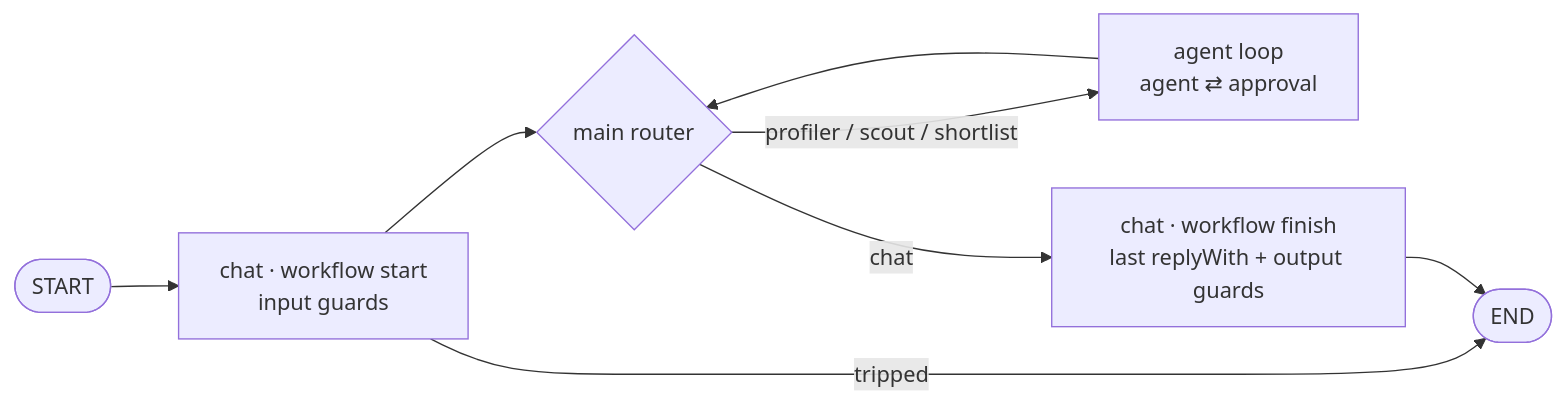
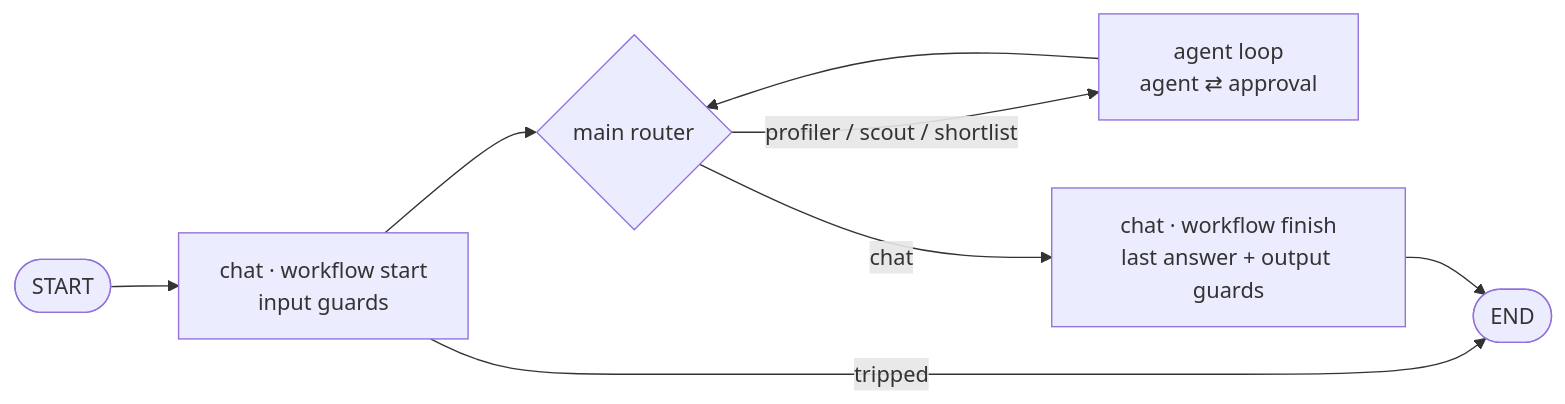
The diagram in Architecture.md (PavelRavvich/agbossjs), drawn with Mermaid before and after one commit. The commit also changed other lines of this file and 38 other files, not shown here.

````diff
--- a/Architecture.md
+++ b/Architecture.md
@@ -10,9 +10,9 @@
 ```mermaid
 flowchart LR
   S([START]) --> CE[chat · workflow start<br/>input guards]
   CE -- tripped --> E([END])
   CE --> R{main router}
   R -- profiler / scout / shortlist --> A[agent loop<br/>agent ⇄ approval]
   A --> R
-  R -- chat --> C[chat · workflow finish<br/>last replyWith + output guards] --> E
+  R -- chat --> C[chat · workflow finish<br/>last answer + output guards] --> E
 ```
````
